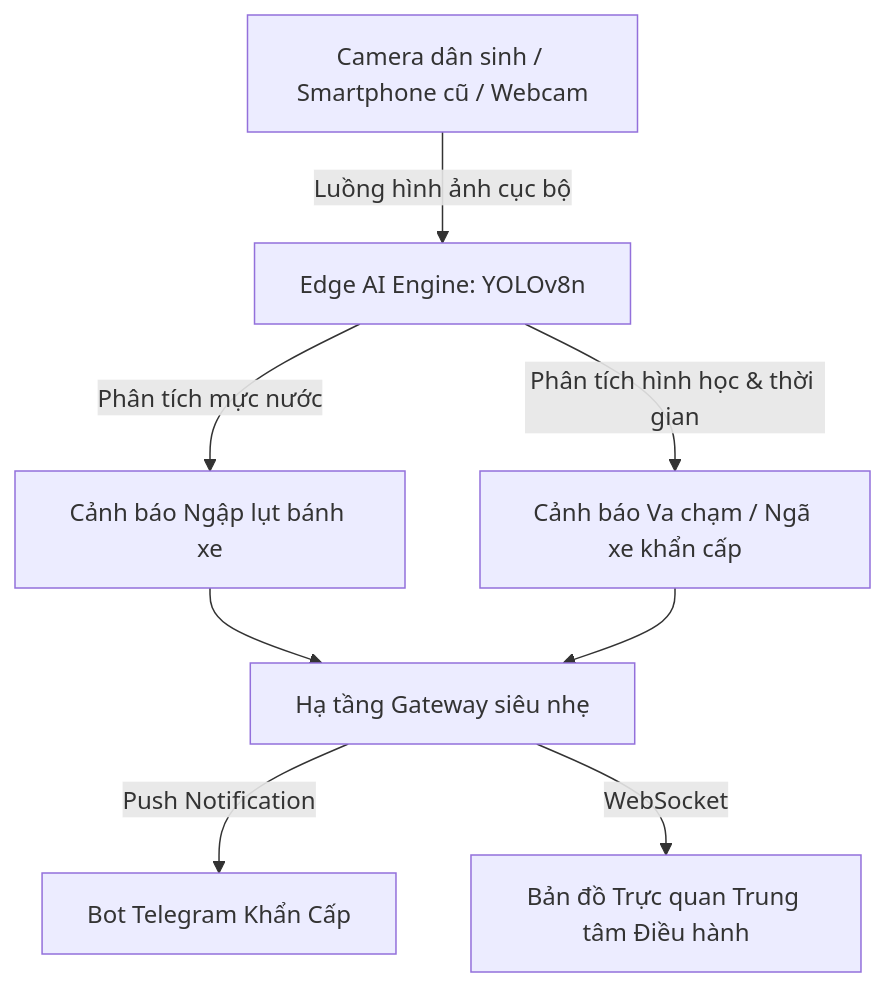
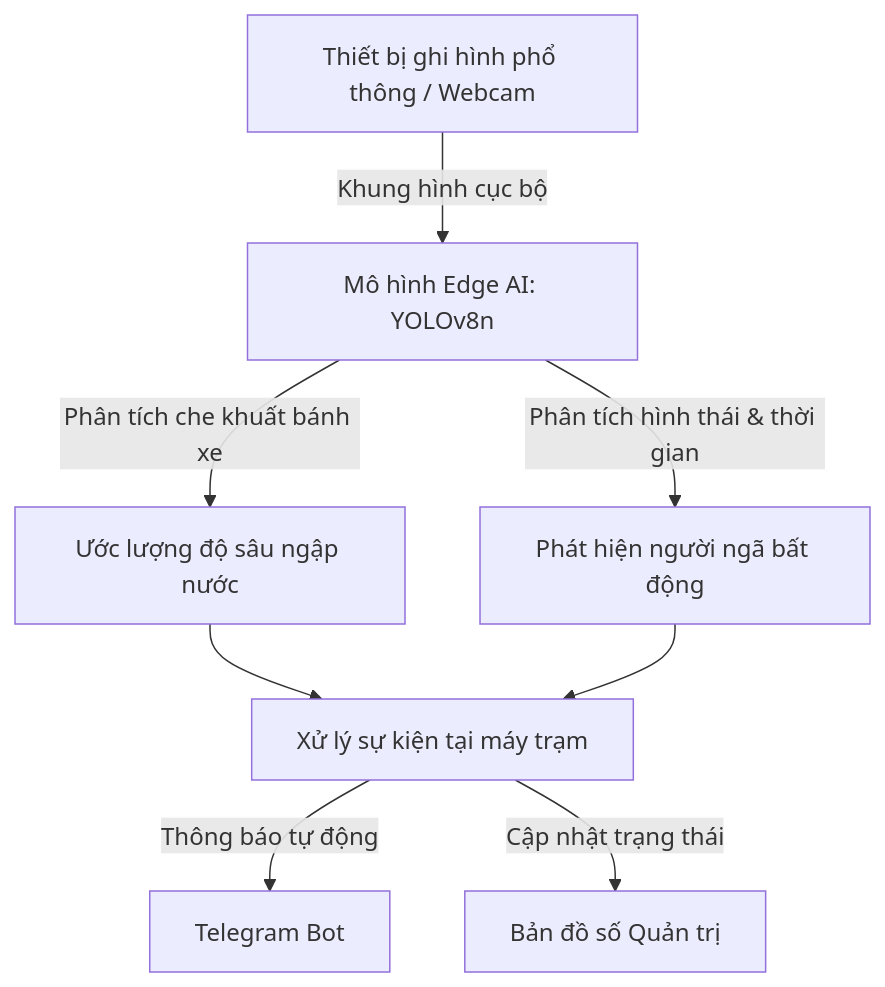
Before and after one commit to nphat-code/sgu-hackathon-2026-ai: the diagram in DE_AN_Y_TUONG_URBANSHIELD_LITE.md, drawn with Mermaid. The commit also changed other lines of this file and 7 other files, not shown here.

````diff
--- a/DE_AN_Y_TUONG_URBANSHIELD_LITE.md
+++ b/DE_AN_Y_TUONG_URBANSHIELD_LITE.md
@@ -45,10 +45,10 @@
 ```mermaid
 graph TD
-    A[Camera dân sinh / Smartphone cũ / Webcam] -->|Luồng hình ảnh cục bộ| B[Edge AI Engine: YOLOv8n]
-    B -->|Phân tích mực nước| C1[Cảnh báo Ngập lụt bánh xe]
-    B -->|Phân tích hình học & thời gian| C2[Cảnh báo Va chạm / Ngã xe khẩn cấp]
-    C1 --> D[Hạ tầng Gateway siêu nhẹ]
+    A[Thiết bị ghi hình phổ thông / Webcam] -->|Khung hình cục bộ| B[Mô hình Edge AI: YOLOv8n]
+    B -->|Phân tích che khuất bánh xe| C1[Ước lượng độ sâu ngập nước]
+    B -->|Phân tích hình thái & thời gian| C2[Phát hiện người ngã bất động]
+    C1 --> D[Xử lý sự kiện tại máy trạm]
     C2 --> D
-    D -->|Push Notification| E[Bot Telegram Khẩn Cấp]
-    D -->|WebSocket| F[Bản đồ Trực quan Trung tâm Điều hành]
+    D -->|Thông báo tự động| E[Telegram Bot]
+    D -->|Cập nhật trạng thái| F[Bản đồ số Quản trị]
 ```
````
